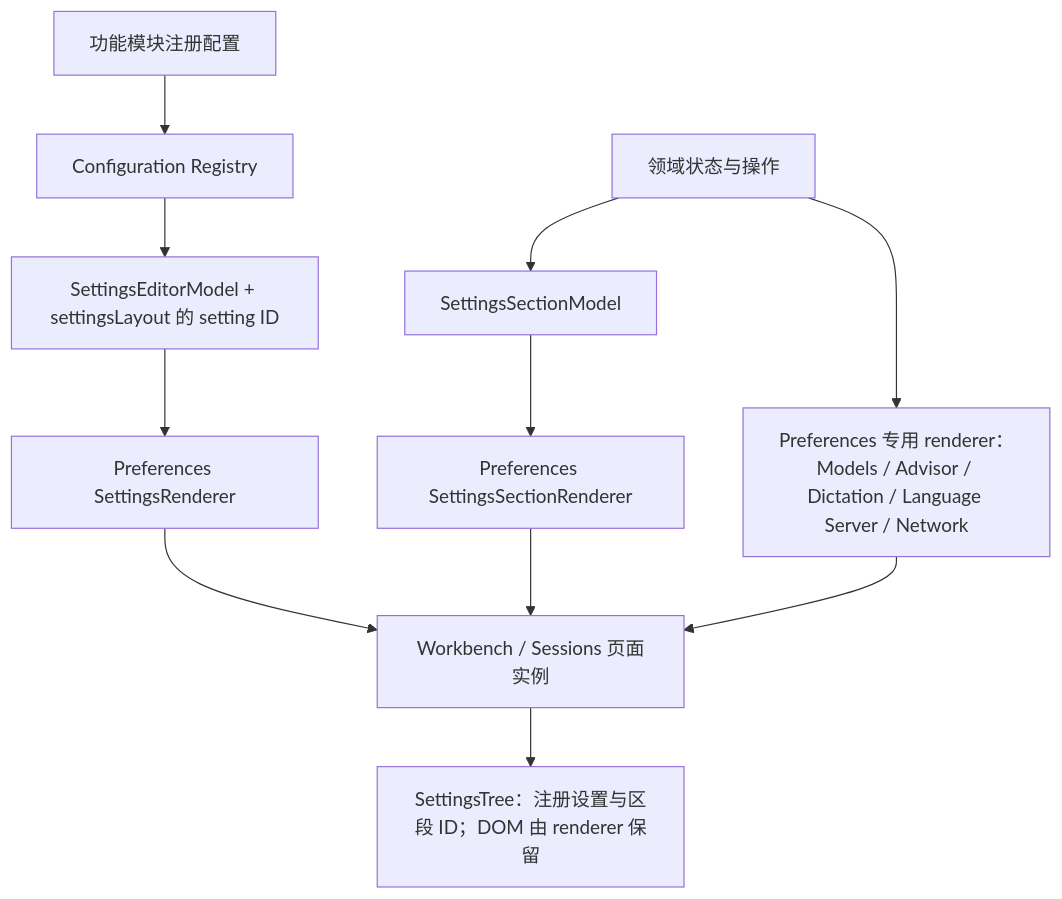
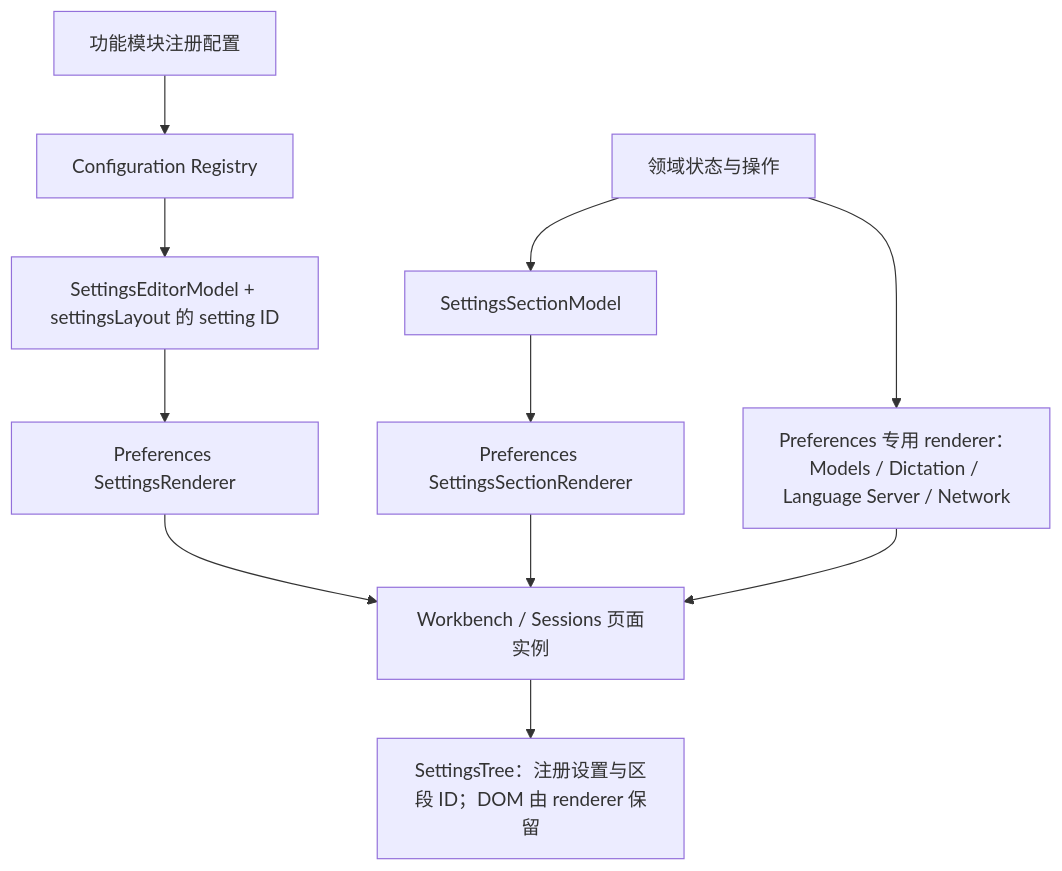
The second of 3 diagrams in docs/preferences-and-settings.md (chogng/ash), drawn with Mermaid before and after one commit. The commit also changed other lines of this file and 70 other files, not shown here.

````diff
--- a/docs/preferences-and-settings.md
+++ b/docs/preferences-and-settings.md
@@ -39,13 +39,13 @@
 ```mermaid
 flowchart TD
     F["功能模块注册配置"] --> R["Configuration Registry"]
     R --> M["SettingsEditorModel + settingsLayout 的 setting ID"]
     M --> V["Preferences SettingsRenderer"]
     D["领域状态与操作"] --> SM["SettingsSectionModel"]
     SM --> SV["Preferences SettingsSectionRenderer"]
     V --> H["Workbench / Sessions 页面实例"]
     SV --> H
-    D --> RV["Preferences 专用 renderer：Models / Advisor / Dictation / Language Server / Network"]
+    D --> RV["Preferences 专用 renderer：Models / Dictation / Language Server / Network"]
     RV --> H
     H --> T["SettingsTree：注册设置与区段 ID；DOM 由 renderer 保留"]
 ```
````
